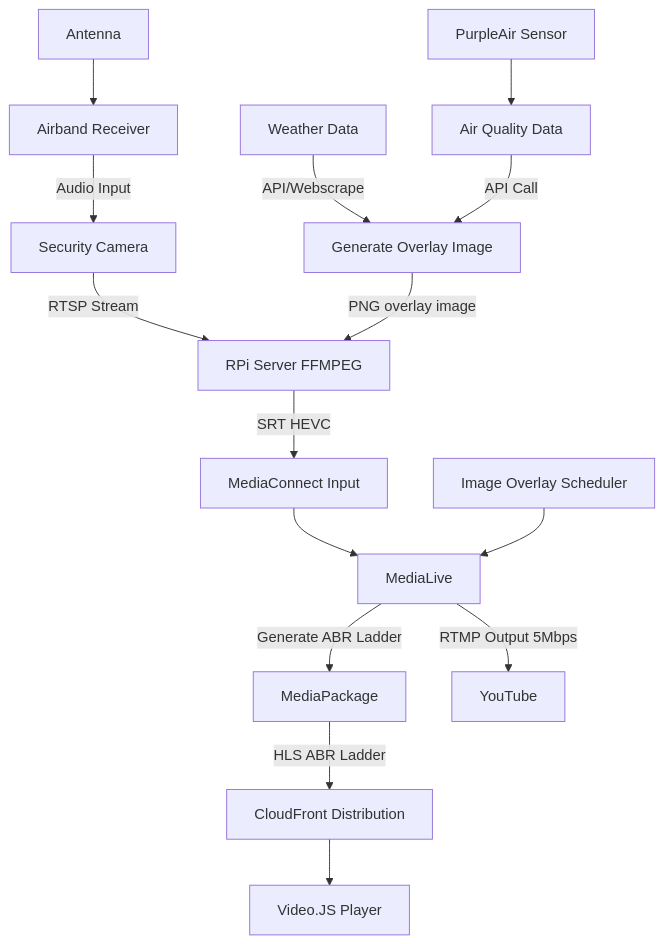
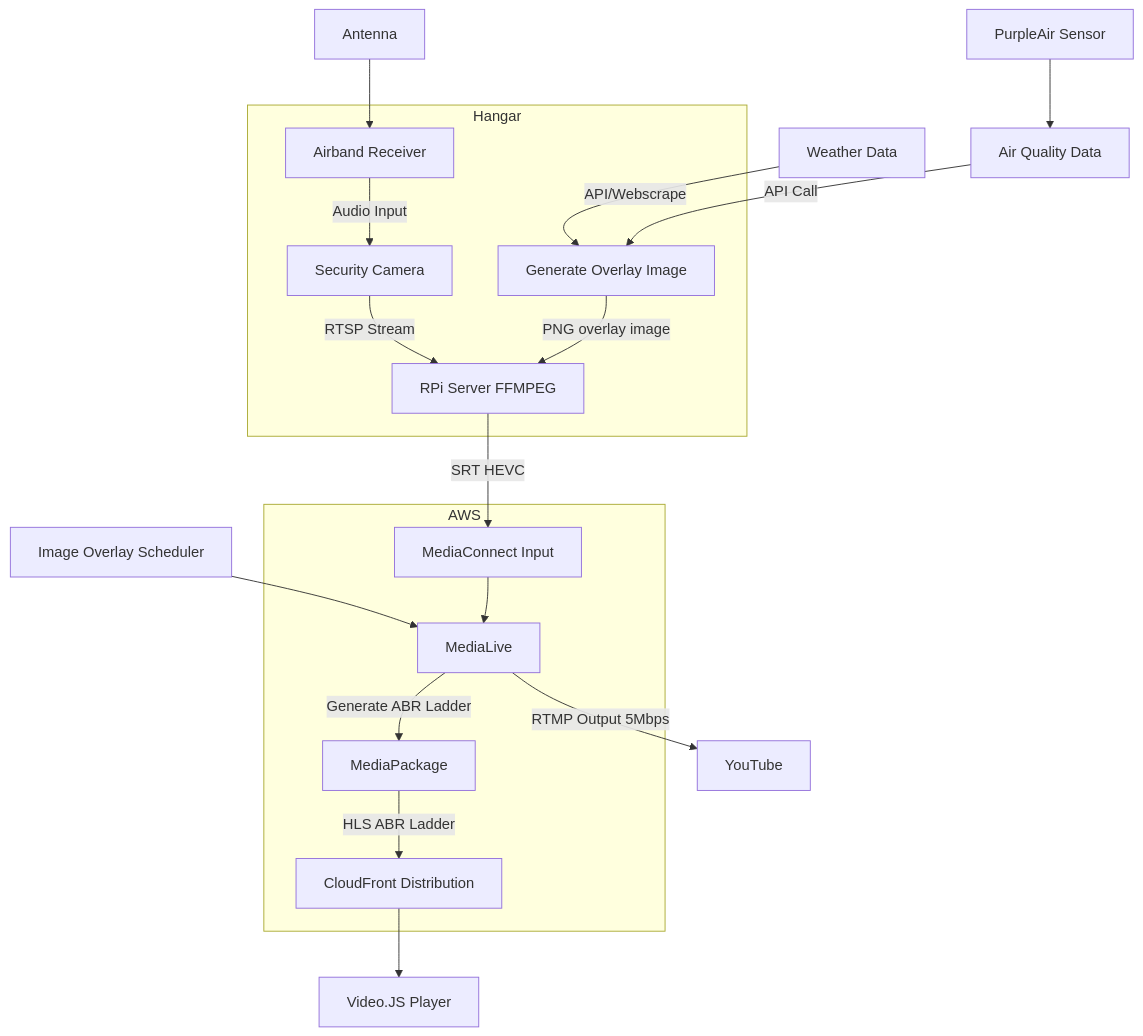
One commit to nontexan/airport-webcam changed the diagram in README.md. Above: the diagram before and after it, drawn with Mermaid. The commit also changed other lines of this file, not shown here.

Commit message:
Update README.md
Updated flow diagram and notes on the components used

````diff
--- a/README.md
+++ b/README.md
@@ -13,17 +13,30 @@
 ```mermaid
 flowchart TD;
   A[Antenna] --> B[Airband Receiver];
-  C[Security Camera] --> |RTSP Stream| D[RPi Server FFMPEG];
-  B --> |Audio Input| C;
-  E[Weather Data] --> |API/Webscrape| F[Generate Overlay Image];
+  E[Weather Data] --> |API/Webscrape| F;
   GG[PurpleAir Sensor] --> G;
   G[Air Quality Data] --> |API Call| F;
+
+  subgraph s1["Hangar"]
+C[Security Camera] --> |RTSP Stream| D[RPi Server FFMPEG];
+F[Generate Overlay Image];
+  B --> |Audio Input| C;
+  end
+
 F --> |PNG overlay image| D;
-D --> |SRT HEVC| H[MediaConnect Input];
-H --> I[MediaLive];
+
+
 K[Image Overlay Scheduler] --> I;
+
+  subgraph s2["AWS"]
+  D --> |SRT HEVC| H[MediaConnect Input];
+  H --> I[MediaLive];
 I --> |Generate ABR Ladder| J[MediaPackage];
+J --> |HLS ABR Ladder| L[CloudFront Distribution];
+  end
+
 I --> |RTMP Output 5Mbps| N[YouTube];
-J --> |HLS ABR Ladder| L[CloudFront Distribution];
+
 L --> M[Video.JS Player];
+
 ```
````
